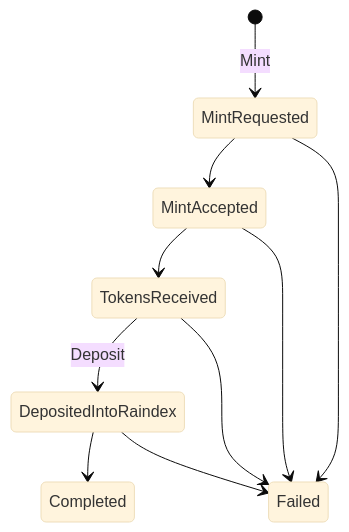
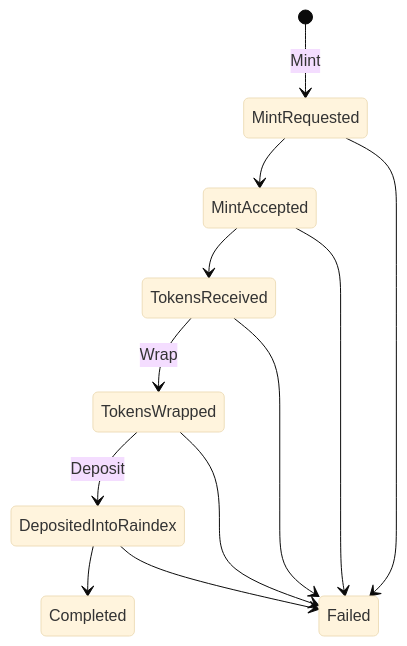
One commit to ST0x-Technology/st0x.liquidity changed the second of 5 diagrams in SPEC.md. Above: the diagram before and after it, drawn with Mermaid (base theme). The commit also changed other lines of this file, not shown here.

````diff
--- a/SPEC.md
+++ b/SPEC.md
@@ -1214,12 +1214,14 @@
 ```mermaid
 stateDiagram-v2
     [*] --> MintRequested: Mint
     MintRequested --> MintAccepted
     MintRequested --> Failed
     MintAccepted --> TokensReceived
     MintAccepted --> Failed
-    TokensReceived --> DepositedIntoRaindex: Deposit
+    TokensReceived --> TokensWrapped: Wrap
     TokensReceived --> Failed
+    TokensWrapped --> DepositedIntoRaindex: Deposit
+    TokensWrapped --> Failed
     DepositedIntoRaindex --> Completed
     DepositedIntoRaindex --> Failed
 ```
````
